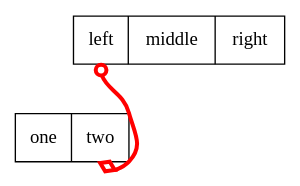
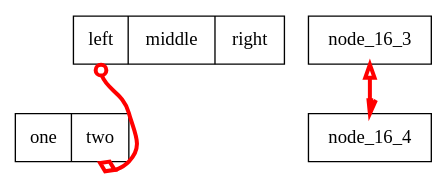
One commit to graphviz-perl/GraphViz2-Marpa changed the diagram in data/16.gv. Above: the diagram before and after it, drawn with Graphviz. The commit also changed 1 other file, not shown here.

```diff
--- a/data/16.gv
+++ b/data/16.gv
@@ -1,45 +1,44 @@
 strict digraph graph_16
 {
 	node
 	[
 		shape = "record",
 	];
 
 	edge
 	[
 		color = "red"
 		penwidth = 3,
 	];
 
 	node_16_1
 	[
 		label = "<p11> left|<p12> middle|<p13> right"
 	]
 
 	node_16_2
 	[
 		label = "<p21> one|<p22> two"
 	]
 
 	node_16_1:p11 -> node_16_2:p22:s
 	[
 		arrowtail = "odot",
 		arrowhead = "odiamond";
 		dir       = both;
 	];
 
-#	subgraph subgraph_16_1
-#	{
-#		node_16_3
-#
-#		node_16_4;
-#
-#		node_16_3 -> node_16_4
-#		[
-#			arrowtail = "empty"
-#			arrowhead = "halfopen",
-#			dir       = "both",
-#		]
-#	}
+	subgraph subgraph_16_1
+	{
+		node_16_3
 
+		node_16_4;
+
+		node_16_3 -> node_16_4
+		[
+			arrowtail = "empty"
+			arrowhead = "halfopen",
+			dir       = "both",
+		]
+	}
 }
```
